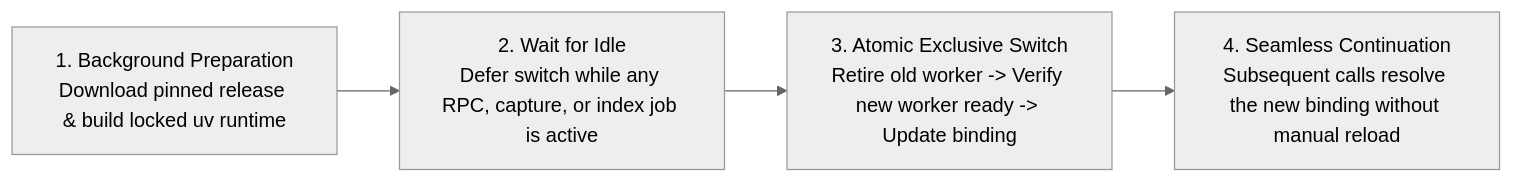
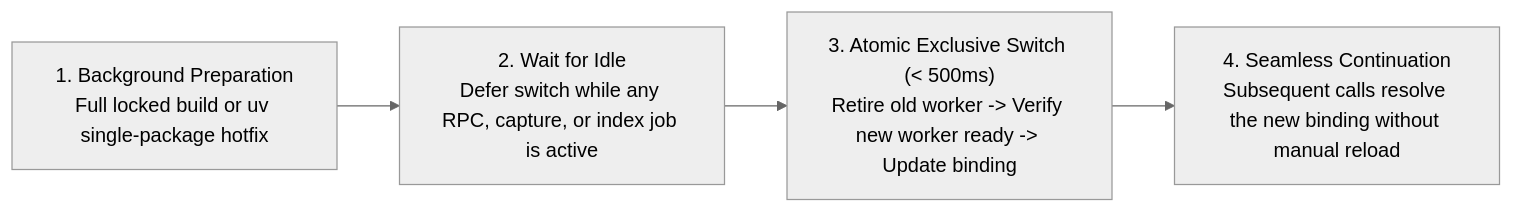
One commit to grandolantow/mindie-agent changed the diagram in docs/release-compatibility-and-update.en.md. Above: the diagram before and after it, drawn with Mermaid (neutral theme). The commit also changed other lines of this file and 29 other files, not shown here.

Commit message:
docs(architecture): remove version-pinned phrasing from evergreen design docs and add 0.1 release channel

````diff
--- a/docs/release-compatibility-and-update.en.md
+++ b/docs/release-compatibility-and-update.en.md
@@ -78,6 +120,6 @@
 ```mermaid
 flowchart LR
-    P["1. Background Preparation<br/>Download pinned release & build locked uv runtime"] --> W["2. Wait for Idle<br/>Defer switch while any RPC, capture, or index job is active"]
-    W --> S["3. Atomic Exclusive Switch<br/>Retire old worker -> Verify new worker ready -> Update binding"]
+    P["1. Background Preparation<br/>Full locked build or uv single-package hotfix"] --> W["2. Wait for Idle<br/>Defer switch while any RPC, capture, or index job is active"]
+    W --> S["3. Atomic Exclusive Switch (< 500ms)<br/>Retire old worker -> Verify new worker ready -> Update binding"]
     S --> R["4. Seamless Continuation<br/>Subsequent calls resolve the new binding without manual reload"]
 ```
````
